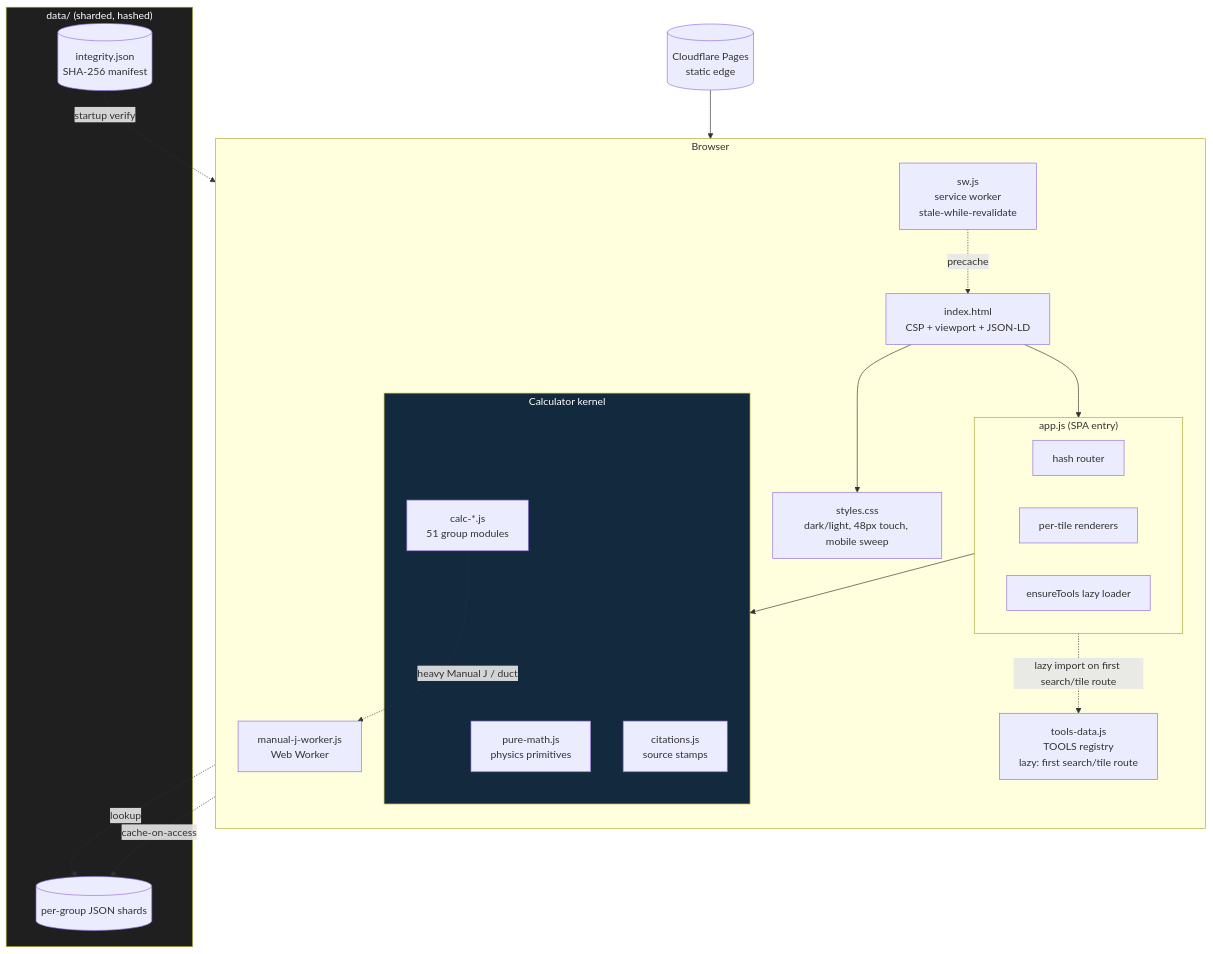
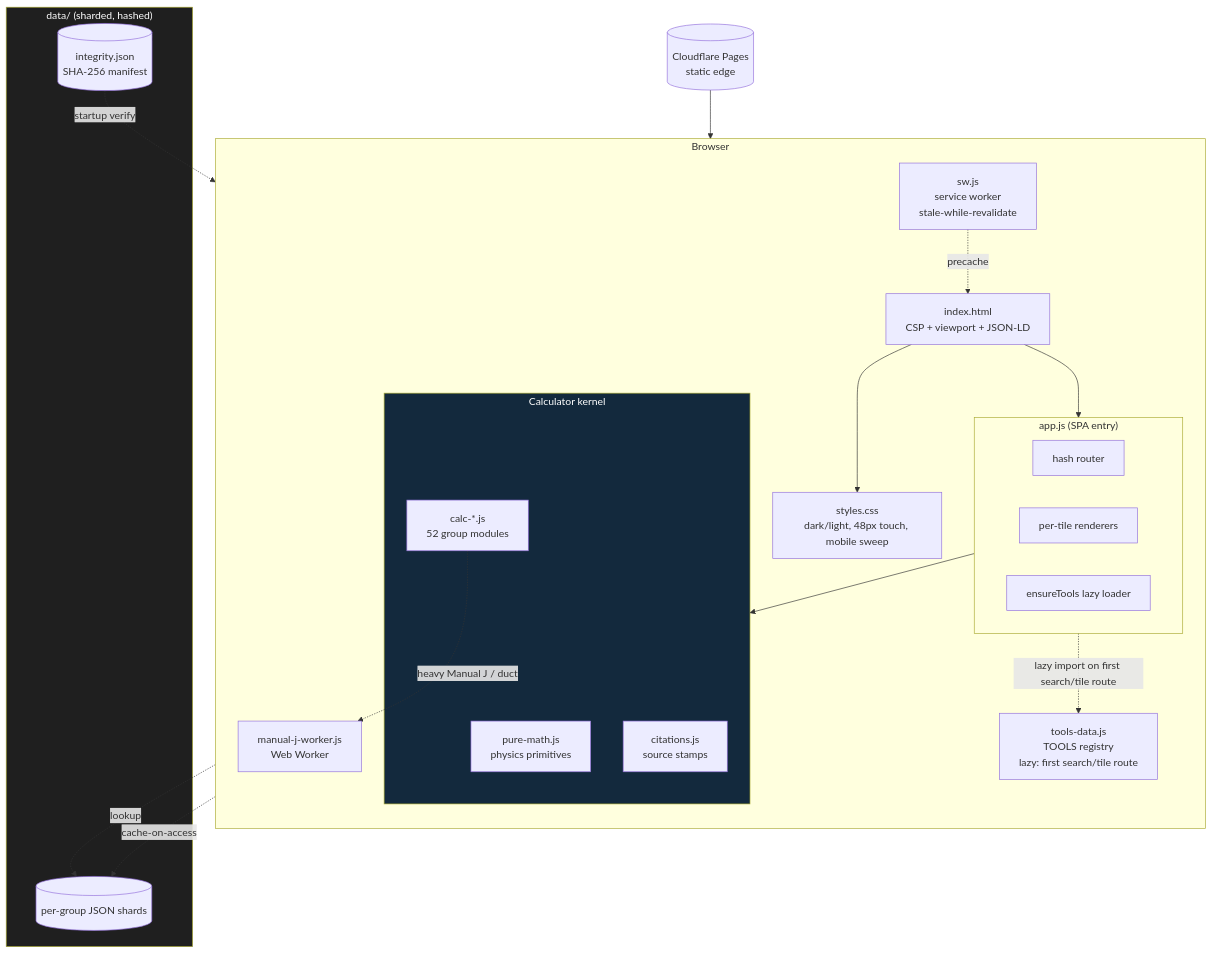
The second of 8 diagrams in README.md (clay-good/roughlogic.com), drawn with Mermaid before and after one commit. The commit also changed other lines of this file and 22 other files, not shown here.

````diff
--- a/README.md
+++ b/README.md
@@ -120,39 +120,39 @@
 ```mermaid
 flowchart TB
     subgraph Browser
         direction TB
         HTML[index.html\nCSP + viewport + JSON-LD]
         CSS[styles.css\ndark/light, 48px touch, mobile sweep]
         subgraph App["app.js (SPA entry)"]
             ROUTE[hash router]
             RENDER[per-tile renderers]
             ENSURE[ensureTools lazy loader]
         end
         TOOLS[tools-data.js\nTOOLS registry\nlazy: first search/tile route]
         subgraph Calc["Calculator kernel"]
             PM[pure-math.js\nphysics primitives]
-            CALC[calc-*.js\n51 group modules]
+            CALC[calc-*.js\n52 group modules]
             CIT[citations.js\nsource stamps]
         end
         SW[sw.js\nservice worker\nstale-while-revalidate]
         WORKER[manual-j-worker.js\nWeb Worker]
     end
     subgraph Data["data/ (sharded, hashed)"]
         SHARDS[(per-group JSON shards)]
         INTEG[(integrity.json\nSHA-256 manifest)]
     end
     CDN[(Cloudflare Pages\nstatic edge)]
 
     CDN --> HTML
     HTML --> CSS
     HTML --> App
     App -.lazy import on first search/tile route.-> TOOLS
     App --> Calc
     CALC -.->|heavy Manual J / duct| WORKER
     CALC -.->|lookup| SHARDS
     SW -.precache.-> HTML
     SW -.cache-on-access.-> SHARDS
     INTEG -.startup verify.-> App
     style Calc fill:#13293d,color:#fff
     style Data fill:#1f1f1f,color:#fff
 ```
````
